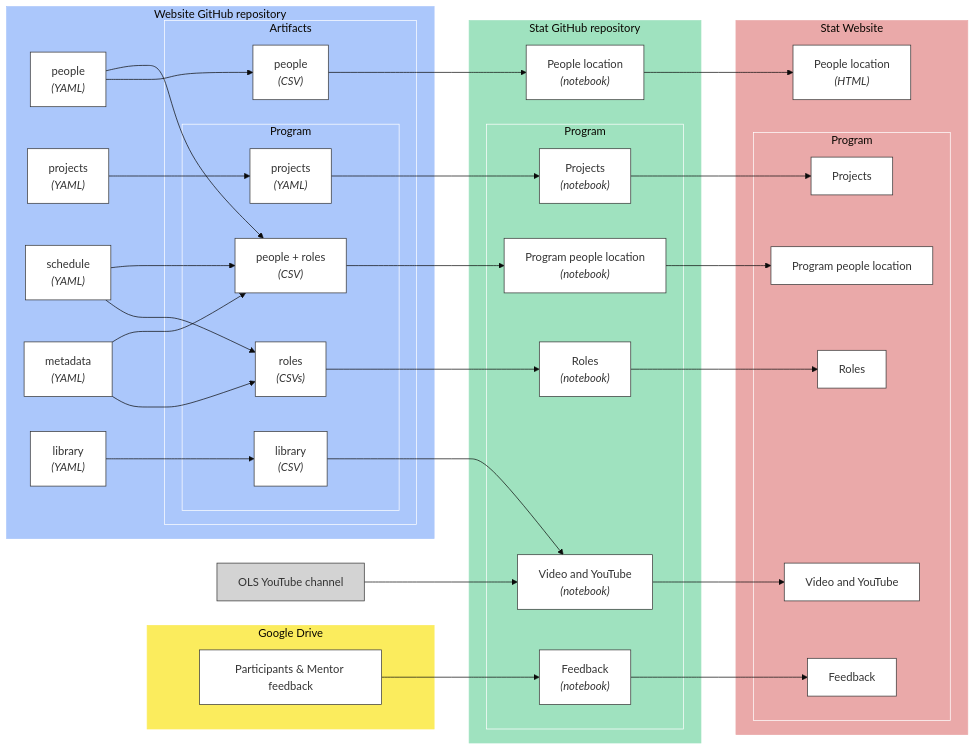
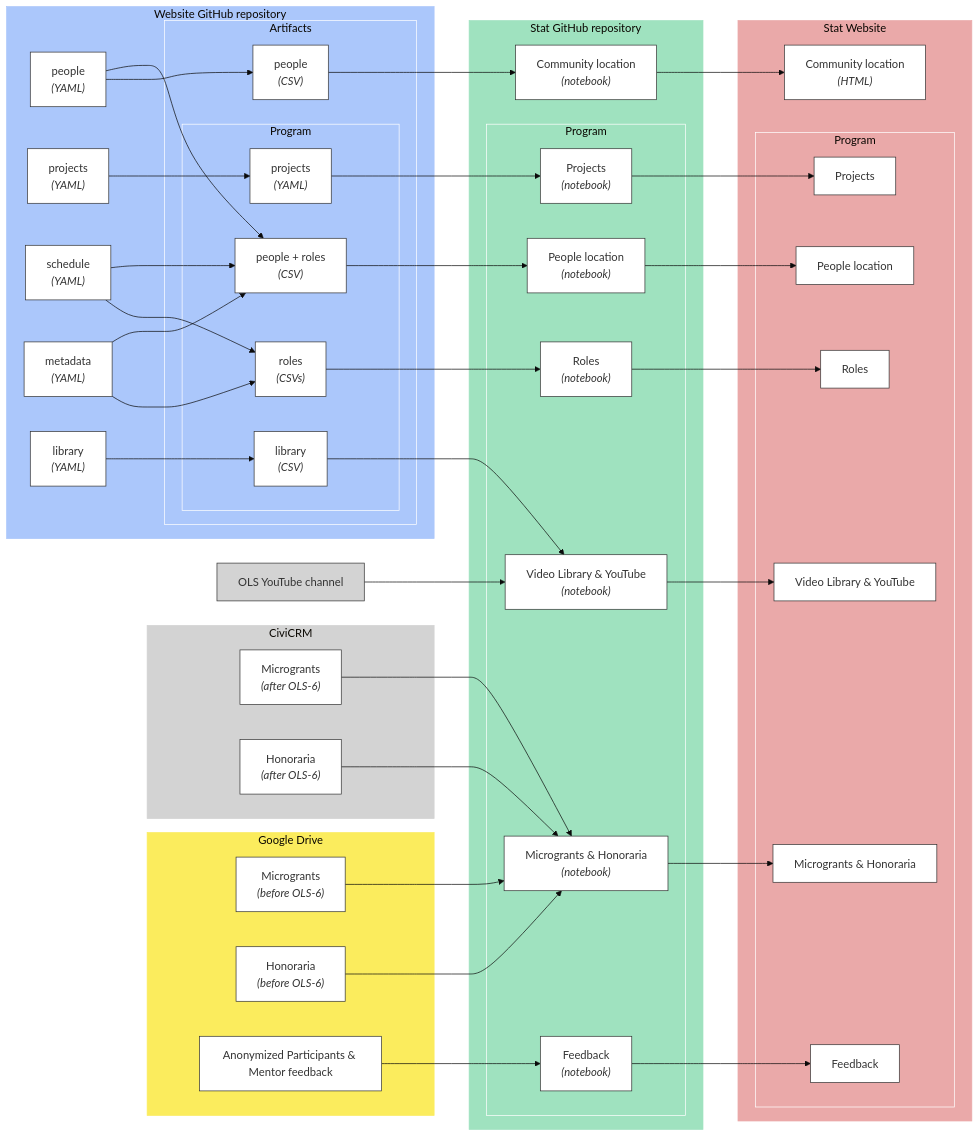
The fourth of 4 diagrams in knowledge_management.md (open-life-science/open-life-science.github.io), drawn with Mermaid (base theme) before and after one commit. The commit also changed other lines of this file, not shown here.

Commit message:
Update title levels and KMS schemas

````diff
--- a/knowledge_management.md
+++ b/knowledge_management.md
@@ -516,9 +539,21 @@
     youtube["OLS YouTube channel"]:::nonCohort
 
     subgraph drive["Google Drive"]
-        feedbackCSV["Participants & Mentor feedback"]:::cohort
+        micrograntSheet["`Microgrants
+        *(before OLS-6)*`"]:::cohort
+        honorariaSheet["`Honoraria
+        *(before OLS-6)*`"]:::cohort
+        feedbackCSV["Anonymized Participants & Mentor feedback"]:::cohort
     end
     style drive fill:#fbec5d,stroke:#fbec5d
+
+    subgraph civi["CiviCRM"]
+        micrograntCSV["`Microgrants
+        *(after OLS-6)*`"]:::cohort
+        honorariaCSV["`Honoraria
+        *(after OLS-6)*`"]:::cohort
+    end
+    style civi fill:#d3d3d3,stroke:#d3d3d3
 
     subgraph github["Website GitHub repository"]
         peopleYAML["`people 
@@ -551,10 +586,10 @@
     style github fill:#abc7fb,stroke:#abc7fb
 
     subgraph statsGitHub["Stat GitHub repository"]
-        locationNotebook["`People location
+        locationNotebook["`Community location
         *(notebook)*`"]:::cohort
         subgraph statsGitHubProgram["Program"]
-            programLocationNotebook["`Program people location
+            programLocationNotebook["`People location
             *(notebook)*`"]:::cohort
             projectNotebook["`Projects
             *(notebook)*`"]:::cohort
@@ -562,7 +597,9 @@
             *(notebook)*`"]:::cohort
             feedbackNotebook["`Feedback
             *(notebook)*`"]:::cohort
-            libraryNotebook["`Video and YouTube
+            libraryNotebook["`Video Library & YouTube
+            *(notebook)*`"]:::cohort
+            micrograntHonorariaNotebook["`Microgrants & Honoraria
             *(notebook)*`"]:::cohort
         end
         style statsGitHubProgram fill:#9fe2bf,stroke:#fff
@@ -570,14 +607,15 @@
     style statsGitHub fill:#9fe2bf,stroke:#9fe2bf
 
     subgraph website["Stat Website"]
-        locationHTML["`People location
+        locationHTML["`Community location
         *(HTML)*`"]:::cohort
         subgraph websiteProgram["Program"]
-            programLocationHTML["`Program people location`"]:::cohort
+            programLocationHTML["`People location`"]:::cohort
             projectHTML["`Projects`"]:::cohort
             rolesHTML["`Roles`"]:::cohort
             feedbackHTML["`Feedback`"]:::cohort
-            libraryHTML["`Video and YouTube`"]:::cohort
+            libraryHTML["`Video Library & YouTube`"]:::cohort
+            micrograntHonorariaHTML["`Microgrants & Honoraria`"]:::cohort
         end
         style websiteProgram fill:#eaa9a9,stroke:#fff
     end
@@ -597,11 +635,16 @@
     youtube --> libraryNotebook
     libraryCSV --> libraryNotebook
     feedbackCSV --> feedbackNotebook
+    micrograntSheet --> micrograntHonorariaNotebook
+    honorariaSheet --> micrograntHonorariaNotebook
+    micrograntCSV --> micrograntHonorariaNotebook
+    honorariaCSV --> micrograntHonorariaNotebook
     peopleRolesCSV --> programLocationNotebook
     projectNotebook --> projectHTML
     locationNotebook --> locationHTML
     rolesNotebook --> rolesHTML
     feedbackNotebook --> feedbackHTML
     libraryNotebook --> libraryHTML
+    micrograntHonorariaNotebook --> micrograntHonorariaHTML
     programLocationNotebook --> programLocationHTML
 ```
````
